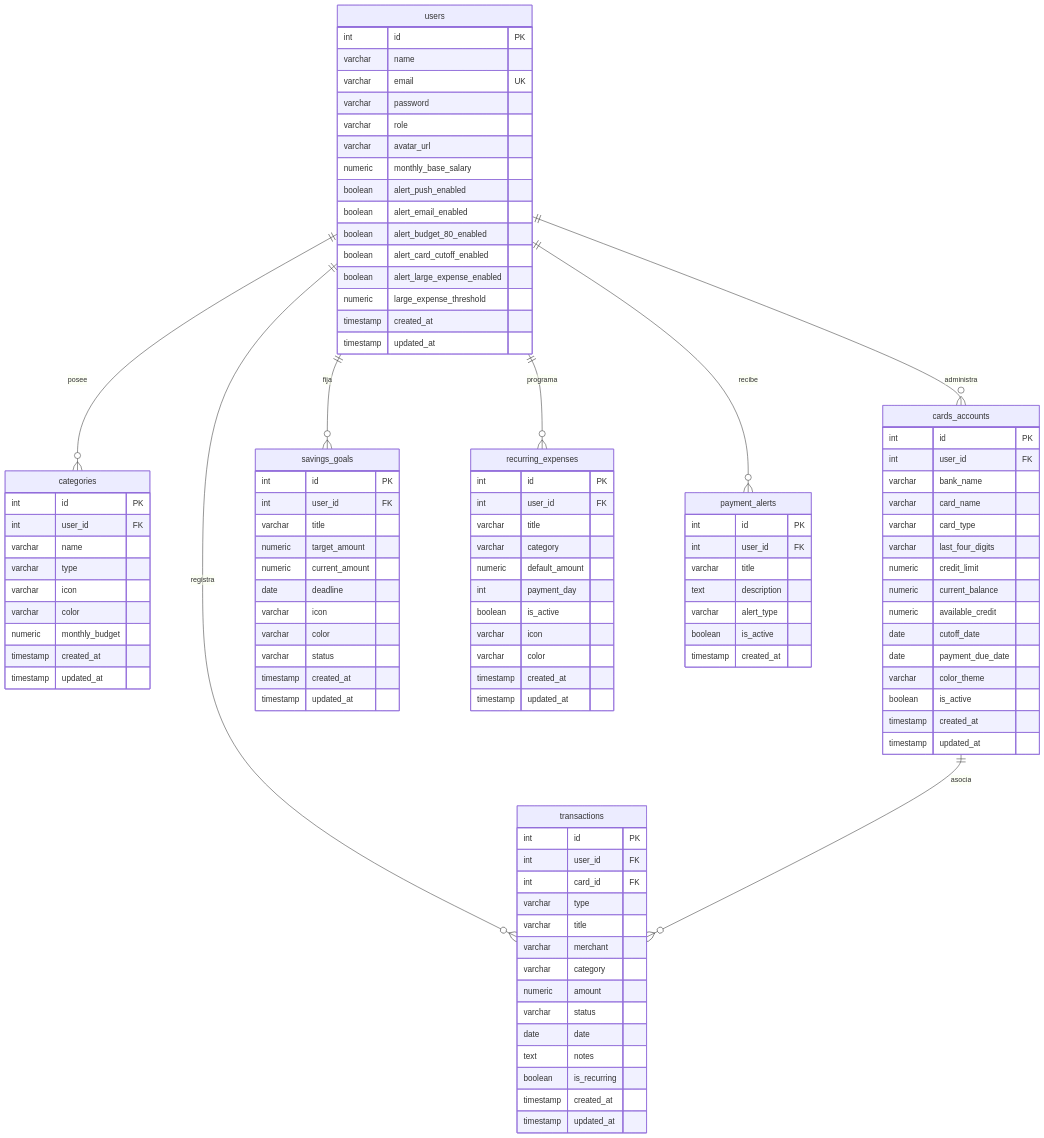
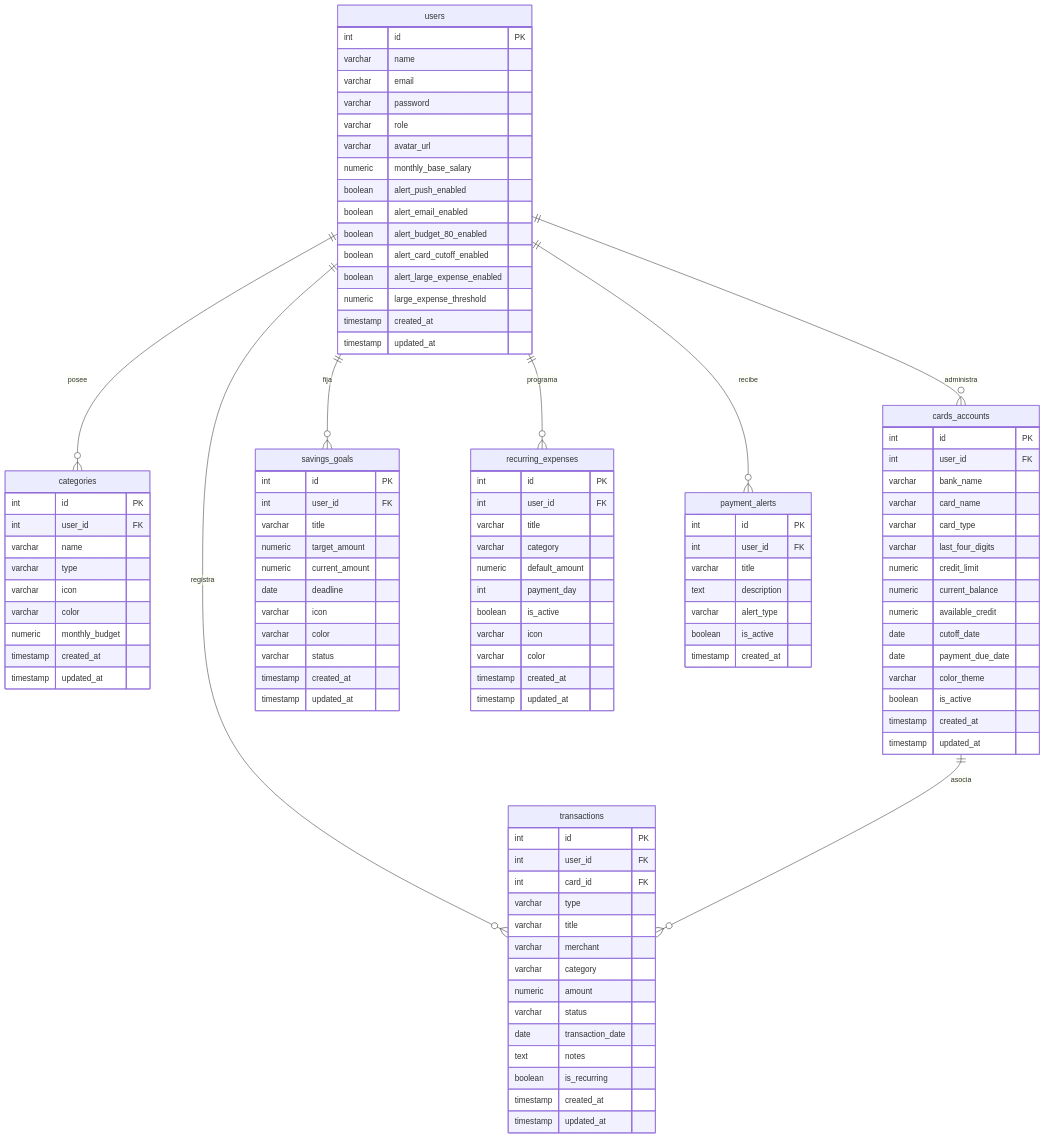
Before and after one commit to agarcia-2022075/control-gastos-v3: the diagram in README.md, drawn with Mermaid. The commit also changed other lines of this file, not shown here.

Commit message:
docs: corregir versiones reales del stack y compatibilidad de diagrama mermaid

```diff
--- a/README.md
+++ b/README.md
@@ -158,7 +159,7 @@
     users {
         int id PK
         varchar name
-        varchar email UK
+        varchar email
         varchar password
         varchar role
         varchar avatar_url
@@ -213,7 +214,7 @@
         varchar category
         numeric amount
         varchar status
-        date date
+        date transaction_date
         text notes
         boolean is_recurring
         timestamp created_at
```
